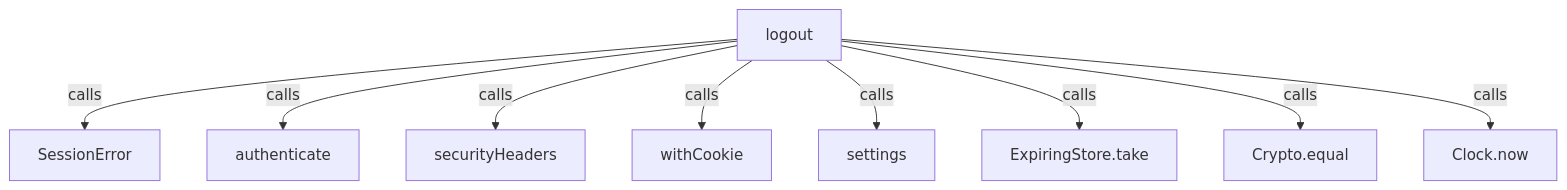
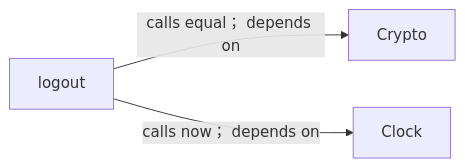
The second of 4 diagrams in docs/examples/oidc-login/client/logout-diagrams.md (GreenPandaStudios/augscript), drawn with Mermaid before and after one commit. The commit also changed other lines of this file and 304 other files, not shown here.

Commit message:
Make generated data-flow sequences concise and review every diagram

````diff
--- a/docs/examples/oidc-login/client/logout-diagrams.md
+++ b/docs/examples/oidc-login/client/logout-diagrams.md
@@ -45,20 +42,8 @@
 ```mermaid
-flowchart TD
-    n0["SessionError"]
-    n1["logout"]
-    n2["authenticate"]
-    n3["securityHeaders"]
-    n4["withCookie"]
-    n5["settings"]
-    n6["ExpiringStore.take"]
-    n7["Crypto.equal"]
-    n8["Clock.now"]
-    n1 -->|"calls"| n0
-    n1 -->|"calls"| n2
-    n1 -->|"calls"| n3
-    n1 -->|"calls"| n4
-    n1 -->|"calls"| n5
-    n1 -->|"calls"| n6
-    n1 -->|"calls"| n7
-    n1 -->|"calls"| n8
+flowchart LR
+    n0["logout"]
+    n1["Crypto"]
+    n2["Clock"]
+    n0 -->|"calls equal； depends on"| n1
+    n0 -->|"calls now； depends on"| n2
 ```
````
